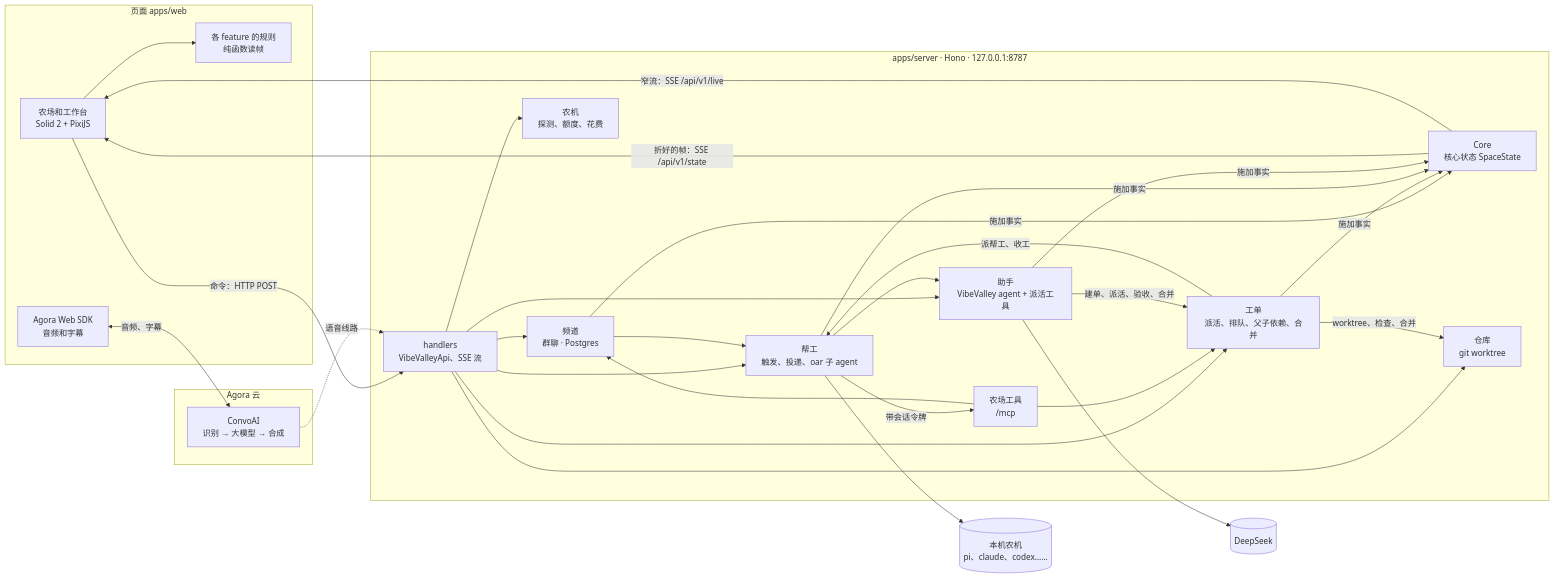
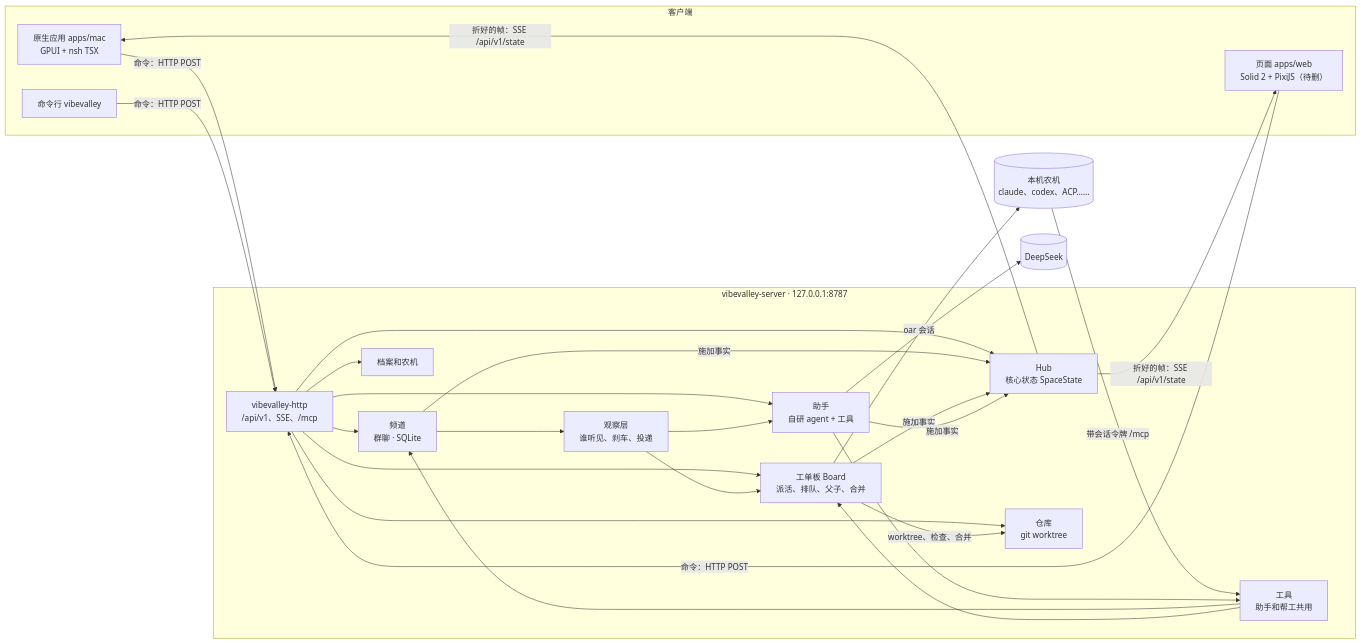
Before and after one commit to vibevalleyhq/vibevalley: the diagram in docs/architecture.md, drawn with Mermaid. The commit also changed other lines of this file and 41 other files, not shown here.

Commit message:
Docs, AGENTS.md and READMEs describe the Rust server, CLI and crates instead of apps/server

````diff
--- a/docs/architecture.md
+++ b/docs/architecture.md
@@ -5,45 +5,37 @@
 ```mermaid
 flowchart LR
-  subgraph Page[页面 apps/web]
-    UI[农场和工作台<br/>Solid 2 + PixiJS]
-    RULES[各 feature 的规则<br/>纯函数读帧]
-    RTC[Agora Web SDK<br/>音频和字幕]
+  subgraph Clients[客户端]
+    MAC[原生应用 apps/mac<br/>GPUI + nsh TSX]
+    WEB[页面 apps/web<br/>Solid 2 + PixiJS（待删）]
+    CLI[命令行 vibevalley]
   end
 
-  subgraph Server[apps/server · Hono · 127.0.0.1:8787]
-    API[handlers<br/>VibeValleyApi、SSE 流]
-    SITE[Core<br/>核心状态 SpaceState]
-    FM[助手<br/>VibeValley agent + 派活工具]
-    CHAT[频道<br/>群聊 · Postgres]
-    TK[工单<br/>派活、排队、父子依赖、合并]
-    CREW[帮工<br/>触发、投递、oar 子 agent]
+  subgraph Server[vibevalley-server · 127.0.0.1:8787]
+    HTTP[vibevalley-http<br/>/api/v1、SSE、/mcp]
+    HUB[Hub<br/>核心状态 SpaceState]
+    FM[助手<br/>自研 agent + 工具]
+    CHAT[频道<br/>群聊 · SQLite]
+    TK[工单板 Board<br/>派活、排队、父子、合并]
+    WATCH[观察层<br/>谁听见、刹车、投递]
     PRJ[仓库<br/>git worktree]
-    RT[农机<br/>探测、额度、花费]
-    MCP[农场工具<br/>/mcp]
+    RT[档案和农机]
+    TOOL[工具<br/>助手和帮工共用]
   end
 
-  subgraph Agora[Agora 云]
-    CAI[ConvoAI<br/>识别 → 大模型 → 合成]
-  end
-
-  AGENTS[(本机农机<br/>pi、claude、codex……)]
+  AGENTS[(本机农机<br/>claude、codex、ACP……)]
   DS[(DeepSeek)]
 
-  UI --> RULES
-  UI -->|命令：HTTP POST| API
-  SITE -->|折好的帧：SSE /api/v1/state| UI
-  SITE -->|窄流：SSE /api/v1/live| UI
-  API --> CHAT & FM & TK & CREW & PRJ & RT
-  CHAT --> CREW
-  CREW --> FM
-  CREW -->|带会话令牌| MCP
-  MCP --> CHAT & TK
-  FM -->|建单、派活、验收、合并| TK
-  TK -->|派帮工、收工| CREW
+  MAC & WEB & CLI -->|命令：HTTP POST| HTTP
+  HUB -->|折好的帧：SSE /api/v1/state| MAC & WEB
+  HTTP --> HUB
+  HTTP --> CHAT & FM & TK & PRJ & RT
+  CHAT --> WATCH
+  WATCH --> TK & FM
+  TK -->|oar 会话| AGENTS
+  AGENTS -->|带会话令牌 /mcp| TOOL
+  FM --> TOOL
+  TOOL --> CHAT & TK
   TK -->|worktree、检查、合并| PRJ
-  CREW --> AGENTS
   FM --> DS
-  CHAT & TK & CREW & FM -->|施加事实| SITE
-  RTC <-->|音频、字幕| CAI
-  CAI -.->|语音线路| API
+  CHAT & TK & FM -->|施加事实| HUB
 ```
````
